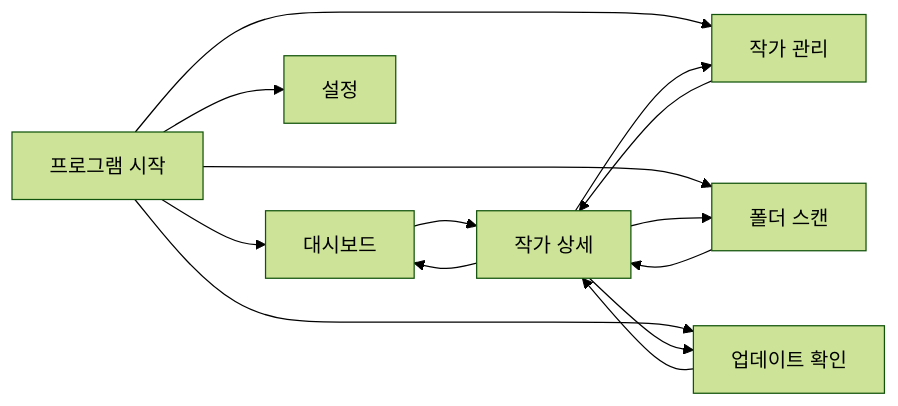
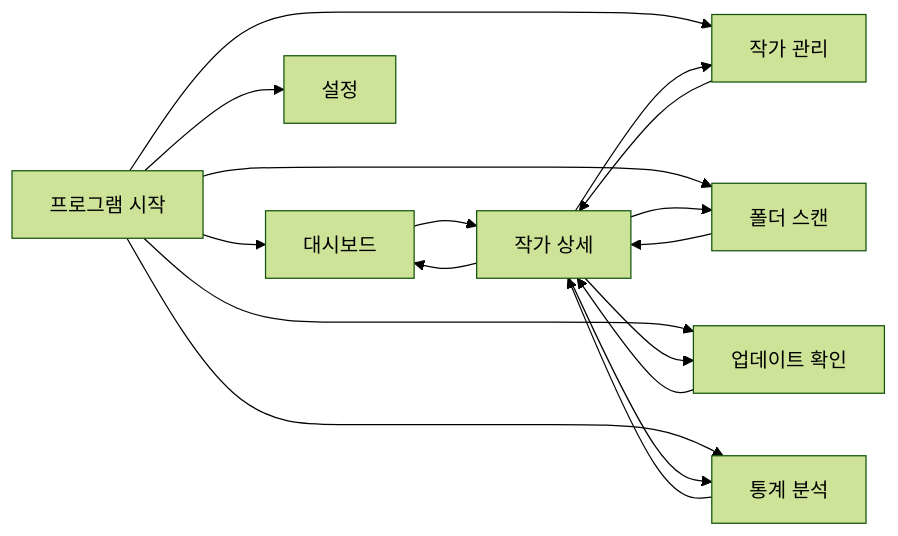
One commit to PKT0623/PixivLocalManager changed the first of 36 diagrams in docs/03_SYSTEM_FLOW.md. Above: the diagram before and after it, drawn with Mermaid (forest theme). The commit also changed other lines of this file and 9 other files, not shown here.

````diff
--- a/docs/03_SYSTEM_FLOW.md
+++ b/docs/03_SYSTEM_FLOW.md
@@ -5,21 +5,24 @@
 ```mermaid
 flowchart LR
 
 START[프로그램 시작]
 
 START --> DASHBOARD[대시보드]
 START --> SCAN[폴더 스캔]
 START --> ARTISTS[작가 관리]
 START --> UPDATE[업데이트 확인]
+START --> STATISTICS[통계 분석]
 START --> SETTINGS[설정]
 
 DASHBOARD --> DETAIL[작가 상세]
 ARTISTS --> DETAIL
 SCAN --> DETAIL
 UPDATE --> DETAIL
+STATISTICS --> DETAIL
 
 DETAIL --> DASHBOARD
 DETAIL --> ARTISTS
 DETAIL --> SCAN
 DETAIL --> UPDATE
+DETAIL --> STATISTICS
 ```
````
